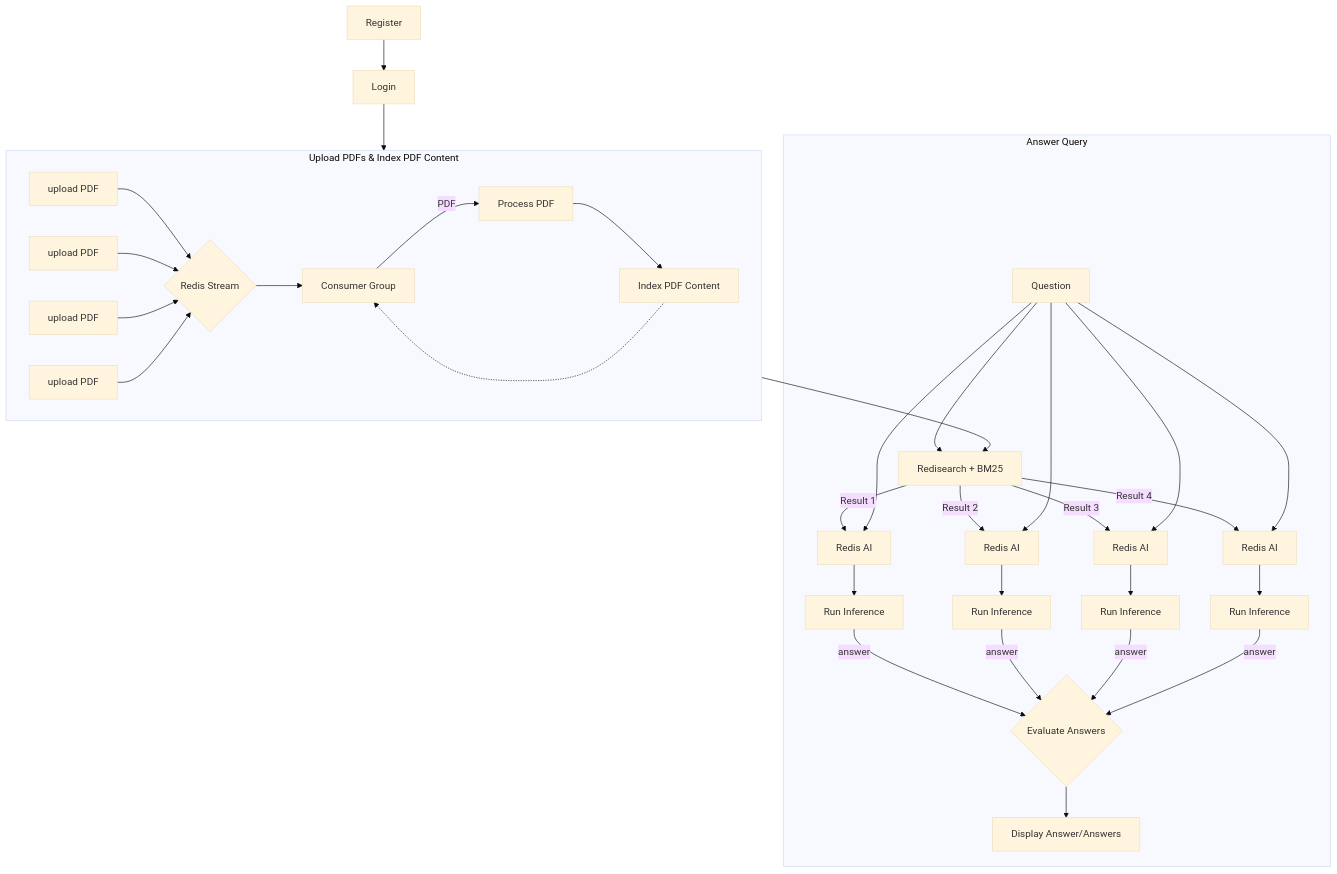
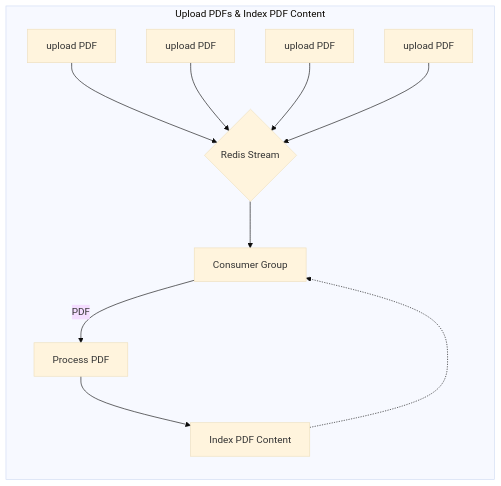
The diagram in graphs/uploadAndIndex.mmd (neurocode-io/alexis), drawn with Mermaid (base theme) before and after one commit. The commit also changed other lines of this file and 1 other file, not shown here.

```diff
--- a/graphs/uploadAndIndex.mmd
+++ b/graphs/uploadAndIndex.mmd
@@ -1,67 +1,22 @@
-
-flowchart TB
+graph LR
+    subgraph Upload PDFs & Index PDF Content
     uploadPdf1[upload PDF]
     uploadPdf2[upload PDF]
     uploadPdf3[upload PDF]
     uploadPdf4[upload PDF]
 
     stream{Redis Stream}
     consumer[Consumer Group]
     process[Process PDF]
     store[Index PDF Content]
 
-    question[Question]
-    search[Redisearch + BM25]
-    ai1[Redis AI]
-    ai2[Redis AI]
-    ai3[Redis AI]
-    ai4[Redis AI]
-
-    infere1[Run Inference]
-    infere2[Run Inference]
-    infere3[Run Inference]
-    infere4[Run Inference]
-
-    evaluate{Evaluate Answers}
-    display[Display Answer/Answers]
-
-    subgraph one[Upload PDFs & Index PDF Content]
     uploadPdf1 -->stream
     uploadPdf2 -->stream
     uploadPdf3 -->stream
     uploadPdf4 -->stream
 
     stream --> consumer
     consumer -->|PDF| process
     process --> store
     store -.->consumer
     end
-
-    subgraph two [Answer Query]
-    search --> |Result 1|ai1
-    search --> |Result 2|ai2
-    search --> |Result 3|ai3
-    search --> |Result 4|ai4
-
-    question --> search
-    question --> ai1
-    question --> ai2
-    question --> ai3
-    question --> ai4
-
-    ai1 --> infere1
-    ai2 --> infere2
-    ai3 --> infere3
-    ai4 --> infere4
-
-    infere1 --> |answer| evaluate
-    infere2 --> |answer| evaluate
-    infere3 --> |answer| evaluate
-    infere4 --> |answer| evaluate
-
-    evaluate --> display
-    end
-
-    one --> search
-    Register --> Login
-    Login --> one
```
